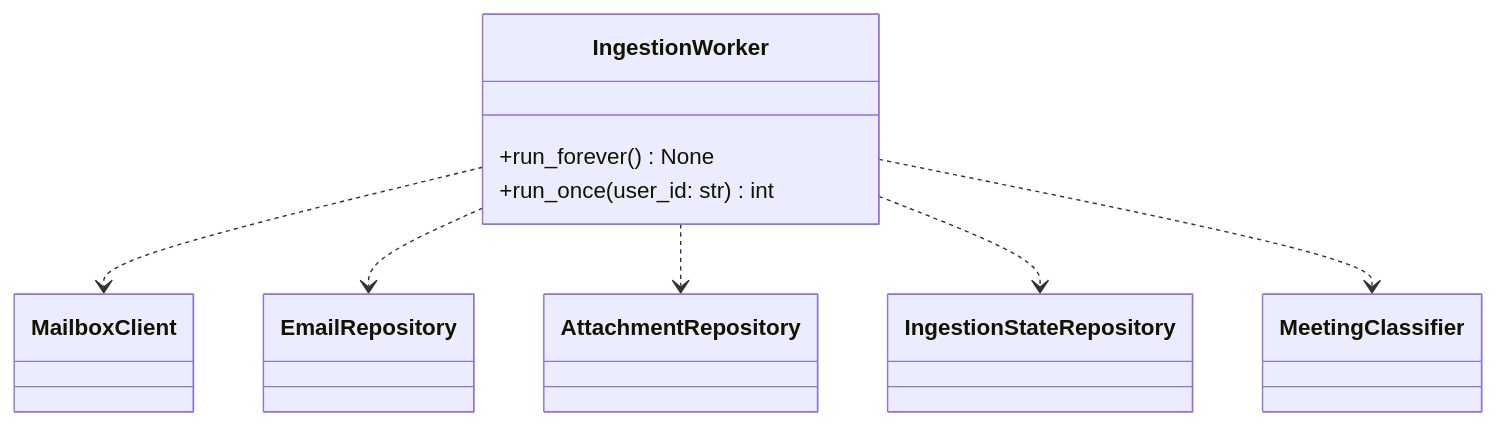
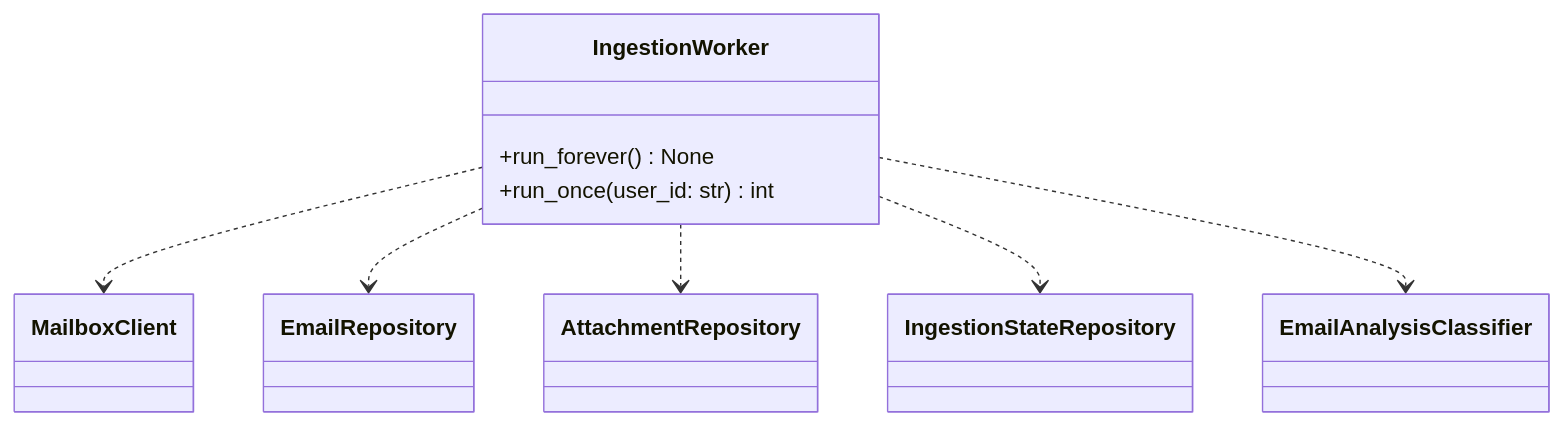
Before and after one commit to XunSong02/OutlookPlus: the eighth of 20 diagrams in backend/backend_specification_Modules.md, drawn with Mermaid. The commit also changed other lines of this file and 159 other files, not shown here.

````diff
--- a/backend/backend_specification_Modules.md
+++ b/backend/backend_specification_Modules.md
@@ -621,12 +680,12 @@
 ```mermaid
 classDiagram
 	class IngestionWorker {
 		+run_forever() None
 		+run_once(user_id: str) int
 	}
 	IngestionWorker ..> MailboxClient
 	IngestionWorker ..> EmailRepository
 	IngestionWorker ..> AttachmentRepository
 	IngestionWorker ..> IngestionStateRepository
-	IngestionWorker ..> MeetingClassifier
+	IngestionWorker ..> EmailAnalysisClassifier
 ```
````
